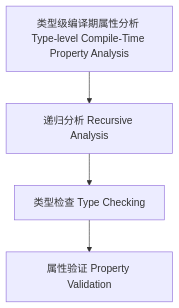
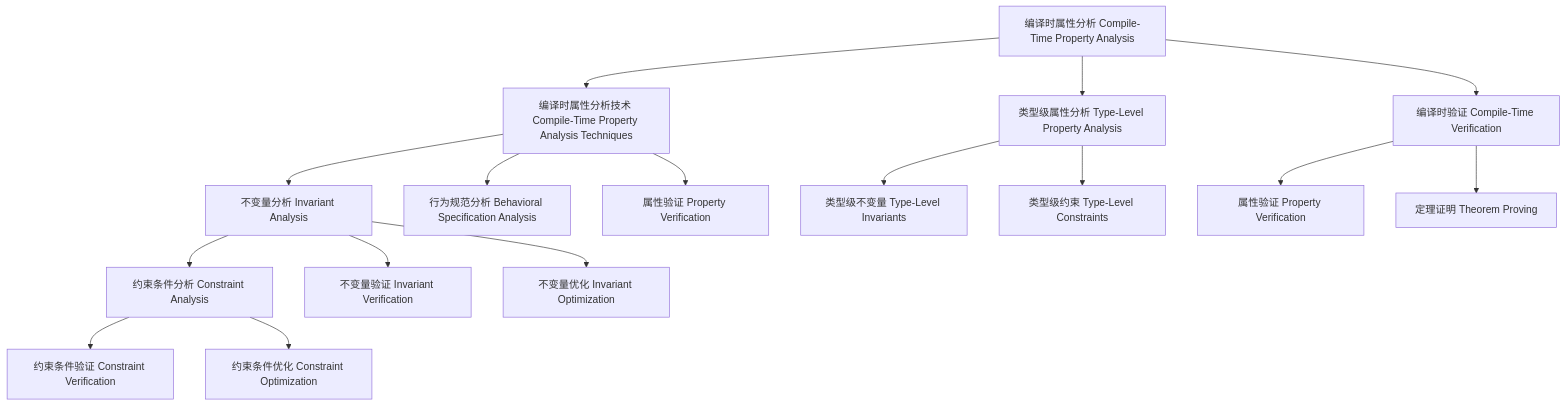
Before and after one commit to AdaMartin18010/haskell: the diagram in docs/analysis/Type-Level/01-Compile-Time-Property-Analysis.md, drawn with Mermaid. The commit also changed other lines of this file and 27 other files, not shown here.

````diff
--- a/docs/analysis/Type-Level/01-Compile-Time-Property-Analysis.md
+++ b/docs/analysis/Type-Level/01-Compile-Time-Property-Analysis.md
@@ -47,6 +543,23 @@
 ```mermaid
 graph TD
-  A["类型级编译期属性分析 Type-level Compile-Time Property Analysis"] --> B["递归分析 Recursive Analysis"]
-  B --> C["类型检查 Type Checking"]
-  C --> D["属性验证 Property Validation"]
+  A["编译时属性分析 Compile-Time Property Analysis"] --> B["编译时属性分析技术 Compile-Time Property Analysis Techniques"]
+  B --> C["不变量分析 Invariant Analysis"]
+  C --> D["约束条件分析 Constraint Analysis"]
+  
+  A --> E["类型级属性分析 Type-Level Property Analysis"]
+  E --> F["类型级不变量 Type-Level Invariants"]
+  E --> G["类型级约束 Type-Level Constraints"]
+  
+  A --> H["编译时验证 Compile-Time Verification"]
+  H --> I["属性验证 Property Verification"]
+  H --> J["定理证明 Theorem Proving"]
+  
+  B --> K["行为规范分析 Behavioral Specification Analysis"]
+  B --> L["属性验证 Property Verification"]
+  
+  C --> M["不变量验证 Invariant Verification"]
+  C --> N["不变量优化 Invariant Optimization"]
+  
+  D --> O["约束条件验证 Constraint Verification"]
+  D --> P["约束条件优化 Constraint Optimization"]
 ```
````
